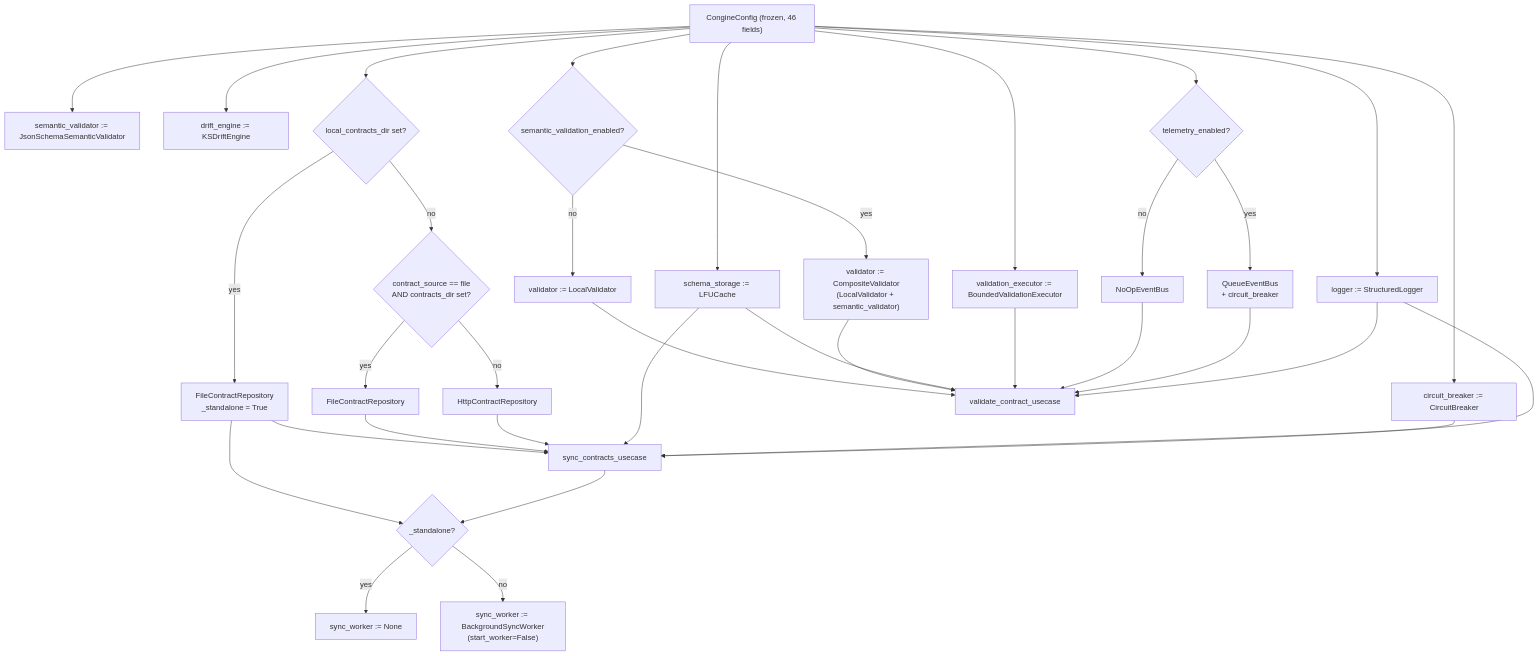
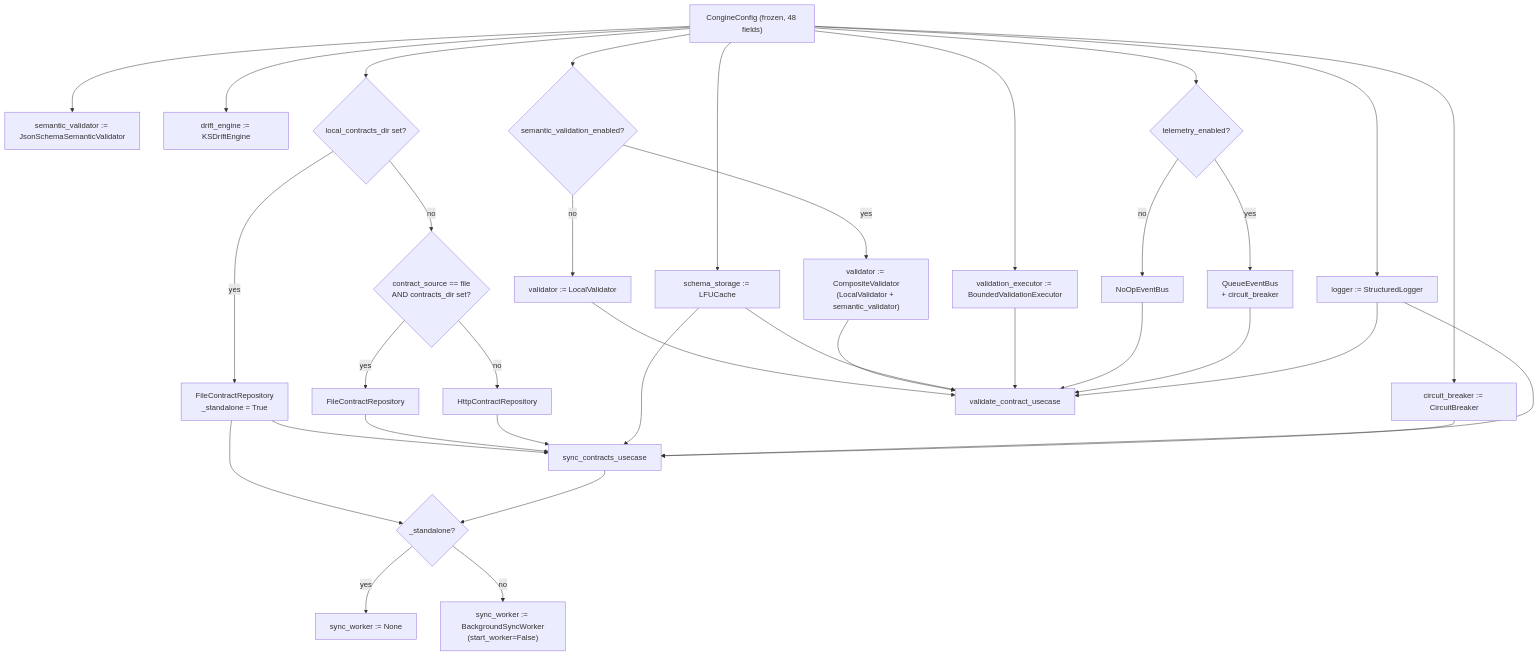
One commit to codewitharham/congine changed the third of 7 diagrams in docs/architecture/ARCHITECTURE_CURRENT.md. Above: the diagram before and after it, drawn with Mermaid. The commit also changed other lines of this file and 9 other files, not shown here.

Commit message:
docs: reconcile context sources with P1 closed architecture

````diff
--- a/docs/architecture/ARCHITECTURE_CURRENT.md
+++ b/docs/architecture/ARCHITECTURE_CURRENT.md
@@ -1275,45 +1578,45 @@
 ```mermaid
 flowchart TB
-    CFG["CongineConfig (frozen, 46 fields)"]
+    CFG["CongineConfig (frozen, 48 fields)"]
 
     CFG --> LOG["logger := StructuredLogger"]
     CFG --> EX["validation_executor := BoundedValidationExecutor"]
     CFG --> CA["schema_storage := LFUCache"]
     CFG --> CB["circuit_breaker := CircuitBreaker"]
     CFG --> SV["semantic_validator := JsonSchemaSemanticValidator"]
     CFG --> DR["drift_engine := KSDriftEngine"]
 
     CFG --> A{"local_contracts_dir set?"}
     A -->|yes| FR1["FileContractRepository<br/>_standalone = True"]
     A -->|no| A2{"contract_source == file<br/>AND contracts_dir set?"}
     A2 -->|yes| FR2["FileContractRepository"]
     A2 -->|no| HR["HttpContractRepository"]
 
     CFG --> B{"telemetry_enabled?"}
     B -->|no| NB["NoOpEventBus"]
     B -->|yes| QB["QueueEventBus<br/>+ circuit_breaker"]
 
     CFG --> C{"semantic_validation_enabled?"}
     C -->|no| LV["validator := LocalValidator"]
     C -->|yes| CV["validator := CompositeValidator<br/>(LocalValidator + semantic_validator)"]
 
     LV --> VUC["validate_contract_usecase"]
     CV --> VUC
     CA --> VUC
     EX --> VUC
     NB --> VUC
     QB --> VUC
     LOG --> VUC
 
     FR1 --> SUC["sync_contracts_usecase"]
     FR2 --> SUC
     HR --> SUC
     CA --> SUC
     CB --> SUC
     LOG --> SUC
 
     FR1 --> D{"_standalone?"}
     SUC --> D
     D -->|yes| NW["sync_worker := None"]
     D -->|no| SW["sync_worker := BackgroundSyncWorker<br/>(start_worker=False)"]
 ```
````
